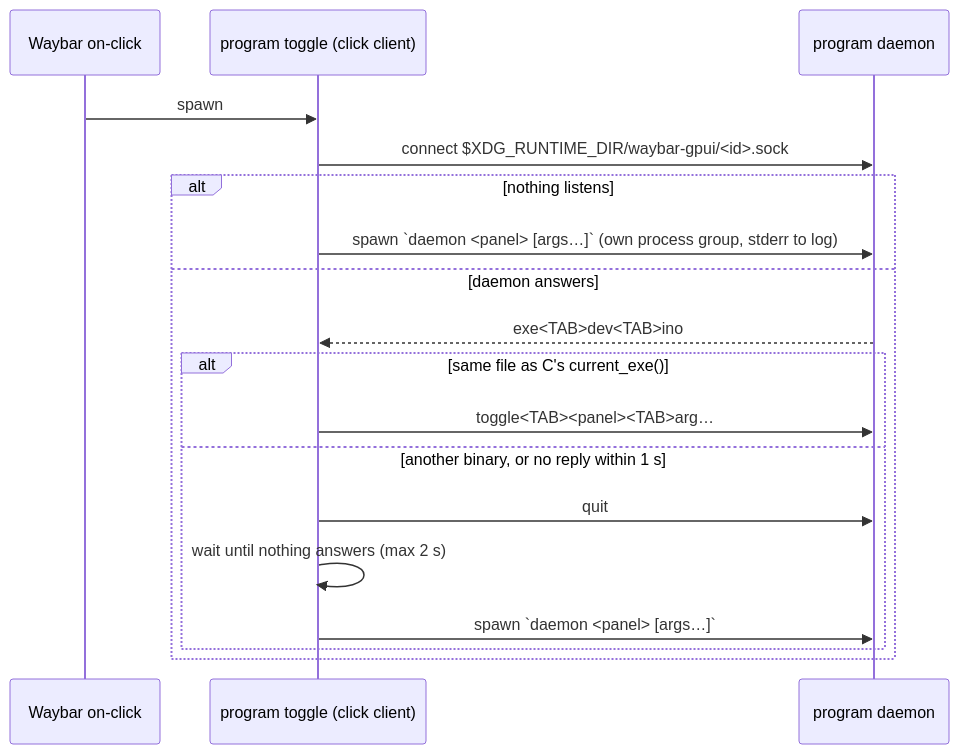
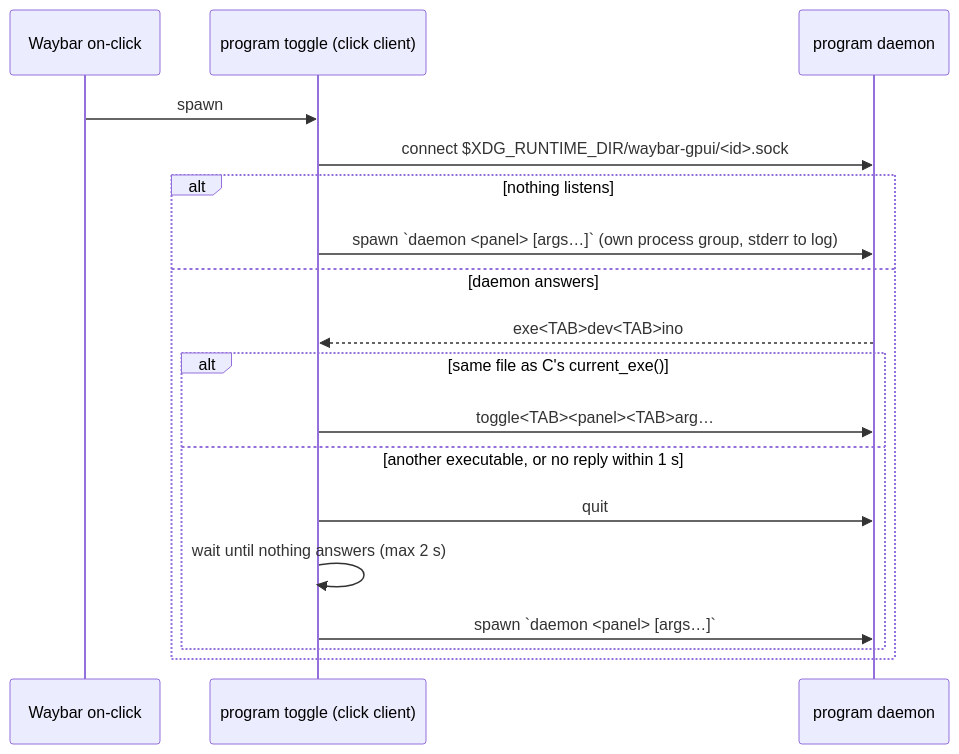
One commit to Cerclique/waybar-gpui changed the diagram in docs/architecture.md. Above: the diagram before and after it, drawn with Mermaid. The commit also changed other lines of this file and 5 other files, not shown here.

````diff
--- a/docs/architecture.md
+++ b/docs/architecture.md
@@ -65,20 +67,20 @@
 ```mermaid
 sequenceDiagram
     participant W as Waybar on-click
     participant C as program toggle (click client)
     participant D as program daemon
     W->>C: spawn
     C->>D: connect $XDG_RUNTIME_DIR/waybar-gpui/<id>.sock
     alt nothing listens
         C->>D: spawn `daemon <panel> [args…]` (own process group, stderr to log)
     else daemon answers
         D-->>C: exe<TAB>dev<TAB>ino
         alt same file as C's current_exe()
             C->>D: toggle<TAB><panel><TAB>arg…
-        else another binary, or no reply within 1 s
+        else another executable, or no reply within 1 s
             C->>D: quit
             C->>C: wait until nothing answers (max 2 s)
             C->>D: spawn `daemon <panel> [args…]`
         end
     end
 ```
````
